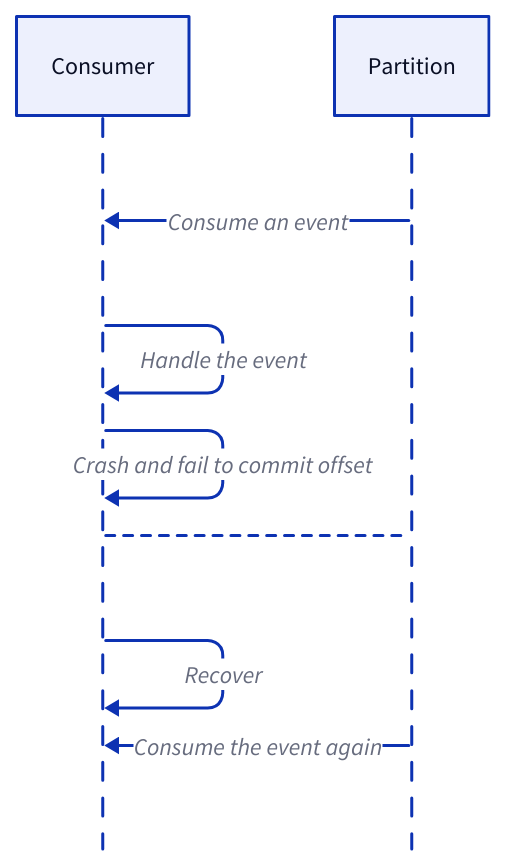
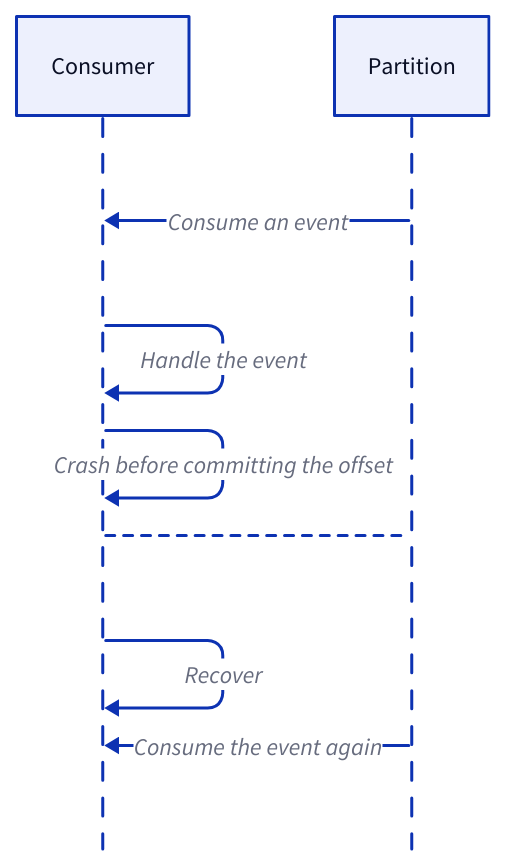
Before and after one commit to link1905/system-design-101: the fourth of 14 diagrams in content/data-persistence/event-streaming-platform/delivery-semantics.md, drawn with D2. The commit also changed other lines of this file and 42 other files, not shown here.

````diff
--- a/content/data-persistence/event-streaming-platform/delivery-semantics.md
+++ b/content/data-persistence/event-streaming-platform/delivery-semantics.md
@@ -99,21 +98,21 @@
 ```d2
 shape: sequence_diagram
 c: Consumer {
     class: client
 }
 q: Partition {
     class: mq
 }
 c <- q: Consume an event
 c -> c: Handle the event
-c -> c: Crash and fail to commit offset {
+c -> c: Crash before committing the offset {
   class: error-conn
 }
 c -- q {
   style.stroke-dash: 3
 }
 c -> c: Recover
 c <- q: Consume the event again {
   class: error-conn
 }
 ```
````
